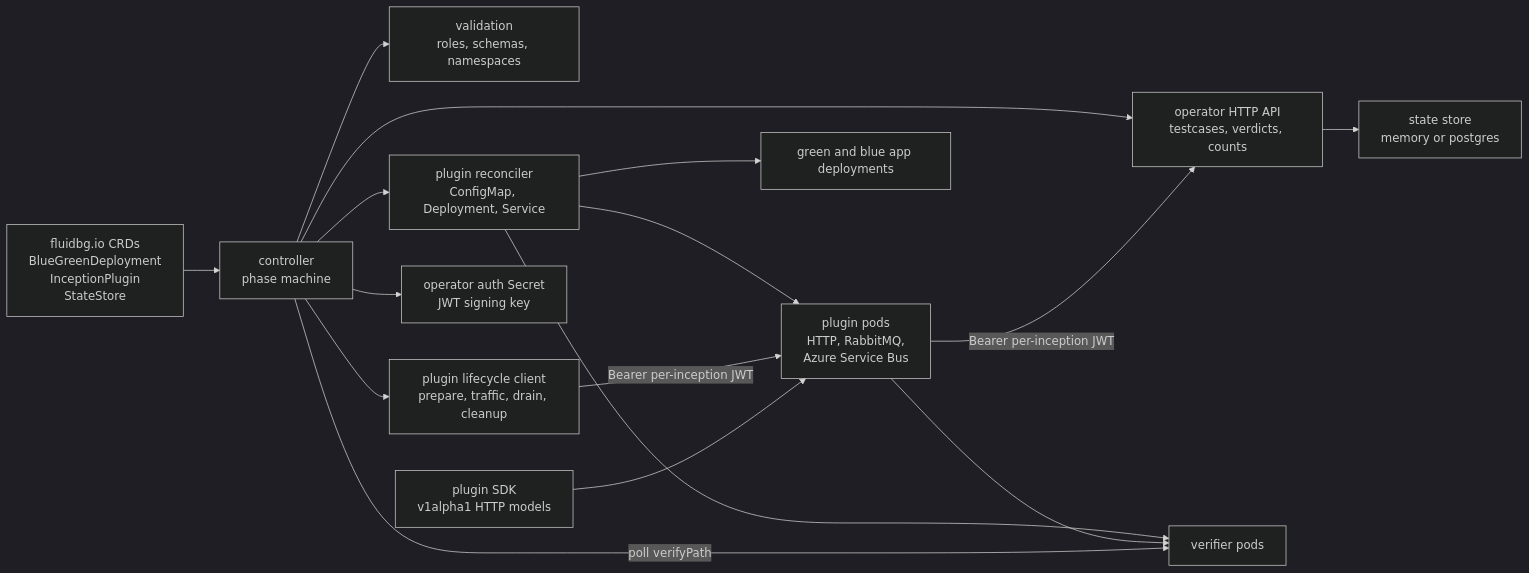
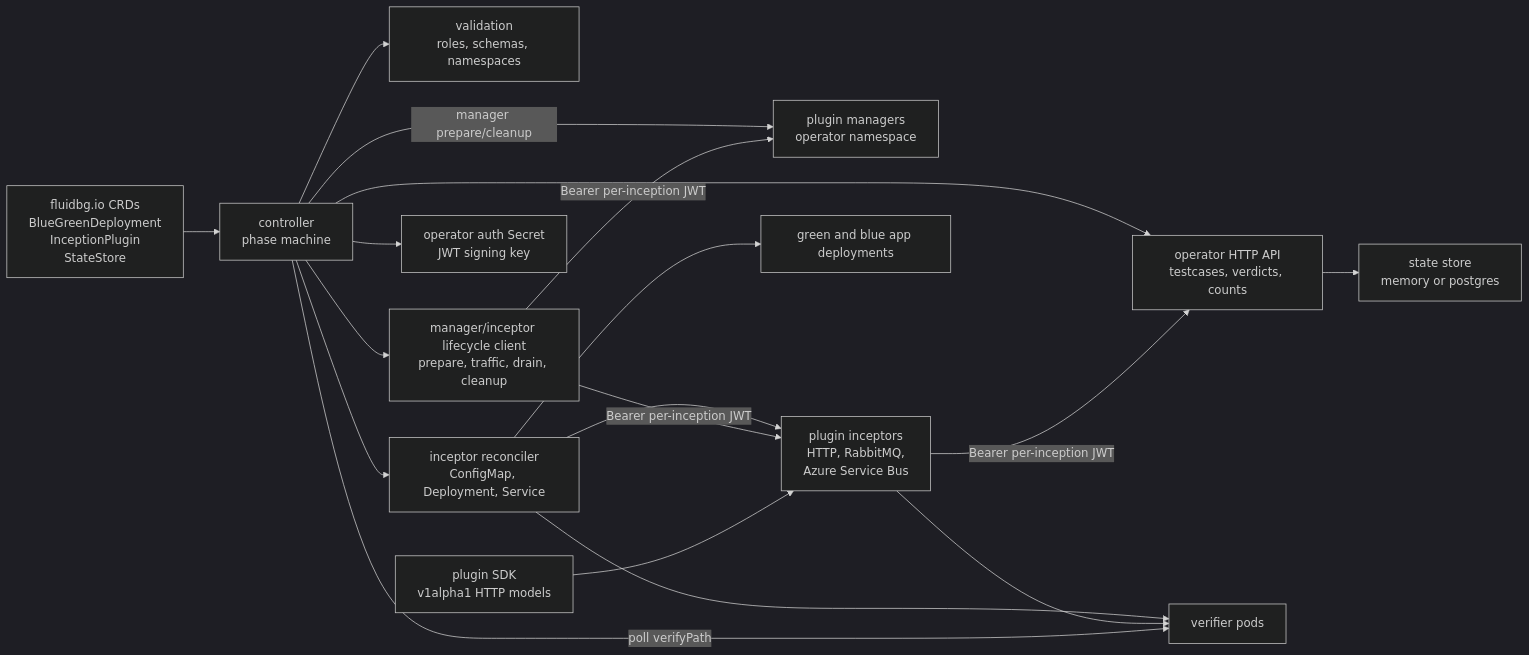
One commit to dlahmad/fluidbgoperator changed the first of 3 diagrams in docs/reference/architecture.md. Above: the diagram before and after it, drawn with Mermaid (dark theme). The commit also changed other lines of this file and 47 other files, not shown here.

Commit message:
Split plugin manager and inceptor responsibilities

````diff
--- a/docs/reference/architecture.md
+++ b/docs/reference/architecture.md
@@ -23,31 +24,34 @@
 ```mermaid
 flowchart LR
     CRD["fluidbg.io CRDs<br/>BlueGreenDeployment<br/>InceptionPlugin<br/>StateStore"]
     CTRL["controller<br/>phase machine"]
     VAL["validation<br/>roles, schemas, namespaces"]
-    PLUGREC["plugin reconciler<br/>ConfigMap, Deployment, Service"]
-    LIFE["plugin lifecycle client<br/>prepare, traffic, drain, cleanup"]
+    PLUGREC["inceptor reconciler<br/>ConfigMap, Deployment, Service"]
+    LIFE["manager/inceptor lifecycle client<br/>prepare, traffic, drain, cleanup"]
     AUTH["operator auth Secret<br/>JWT signing key"]
     API["operator HTTP API<br/>testcases, verdicts, counts"]
     STORE["state store<br/>memory or postgres"]
     SDK["plugin SDK<br/>v1alpha1 HTTP models"]
-    PLUG["plugin pods<br/>HTTP, RabbitMQ,<br/>Azure Service Bus"]
+    MGR["plugin managers<br/>operator namespace"]
+    PLUG["plugin inceptors<br/>HTTP, RabbitMQ,<br/>Azure Service Bus"]
     TEST["verifier pods"]
     APP["green and blue app deployments"]
 
     CRD --> CTRL
     CTRL --> VAL
     CTRL --> PLUGREC
     CTRL --> LIFE
     CTRL --> AUTH
     CTRL --> API
     API --> STORE
+    CTRL -->|"manager prepare/cleanup"| MGR
     PLUGREC --> PLUG
     PLUGREC --> APP
     PLUGREC --> TEST
+    LIFE -->|"Bearer per-inception JWT"| MGR
     LIFE -->|"Bearer per-inception JWT"| PLUG
     SDK --> PLUG
     PLUG -->|"Bearer per-inception JWT"| API
     PLUG --> TEST
     CTRL -->|"poll verifyPath"| TEST
 ```
````
